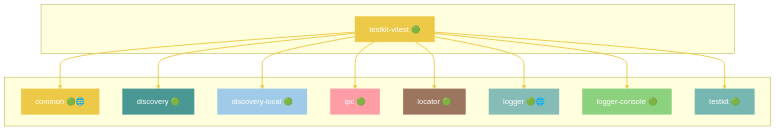
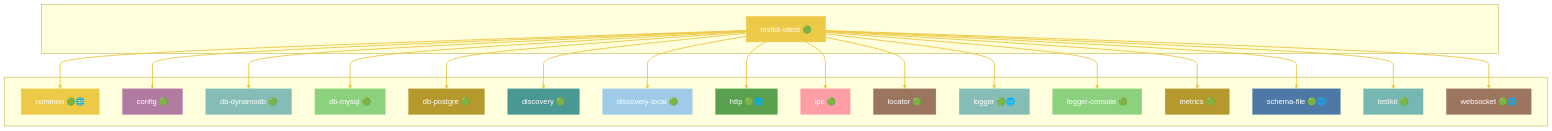
Before and after one commit to grest-ts/grest-ts: diagram 43 of 46 in docs/DEPENDENCIES.md, drawn with Mermaid. The commit also changed other lines of this file and 6 other files, not shown here.

````diff
--- a/docs/DEPENDENCIES.md
+++ b/docs/DEPENDENCIES.md
@@ -1999,41 +2039,73 @@
 ```mermaid
 flowchart TB
     subgraph Package[" "]
         testkit-vitest["testkit-vitest 🟢"]
     end
     subgraph Dependencies[" "]
         common["common 🟢🌐"]
+        config["config 🟢"]
+        db-dynamodb["db-dynamodb 🟢"]
+        db-mysql["db-mysql 🟢"]
+        db-postgre["db-postgre 🟢"]
         discovery["discovery 🟢"]
         discovery-local["discovery-local 🟢"]
+        http["http 🟢🌐"]
         ipc["ipc 🟢"]
         locator["locator 🟢"]
         logger["logger 🟢🌐"]
         logger-console["logger-console 🟢"]
+        metrics["metrics 🟢"]
+        schema-file["schema-file 🟢🌐"]
         testkit["testkit 🟢"]
+        websocket["websocket 🟢🌐"]
     end
     testkit-vitest --> common
+    testkit-vitest --> config
+    testkit-vitest --> db-dynamodb
+    testkit-vitest --> db-mysql
+    testkit-vitest --> db-postgre
     testkit-vitest --> discovery
     testkit-vitest --> discovery-local
+    testkit-vitest --> http
     testkit-vitest --> ipc
     testkit-vitest --> locator
     testkit-vitest --> logger
     testkit-vitest --> logger-console
+    testkit-vitest --> metrics
+    testkit-vitest --> schema-file
     testkit-vitest --> testkit
+    testkit-vitest --> websocket
     style testkit-vitest fill:#EDC948,stroke:#EDC948,color:#fff
     style common fill:#EDC948,stroke:#EDC948,color:#fff
+    style config fill:#B07AA1,stroke:#B07AA1,color:#fff
+    style db-dynamodb fill:#86BCB6,stroke:#86BCB6,color:#fff
+    style db-mysql fill:#8CD17D,stroke:#8CD17D,color:#fff
+    style db-postgre fill:#B6992D,stroke:#B6992D,color:#fff
     style discovery fill:#499894,stroke:#499894,color:#fff
     style discovery-local fill:#A0CBE8,stroke:#A0CBE8,color:#fff
+    style http fill:#59A14F,stroke:#59A14F,color:#fff
     style ipc fill:#FF9DA7,stroke:#FF9DA7,color:#fff
     style locator fill:#9C755F,stroke:#9C755F,color:#fff
     style logger fill:#86BCB6,stroke:#86BCB6,color:#fff
     style logger-console fill:#8CD17D,stroke:#8CD17D,color:#fff
+    style metrics fill:#B6992D,stroke:#B6992D,color:#fff
+    style schema-file fill:#4E79A7,stroke:#4E79A7,color:#fff
     style testkit fill:#76B7B2,stroke:#76B7B2,color:#fff
+    style websocket fill:#9C755F,stroke:#9C755F,color:#fff
     linkStyle 0 stroke:#EDC948,stroke-width:2px
     linkStyle 1 stroke:#EDC948,stroke-width:2px
     linkStyle 2 stroke:#EDC948,stroke-width:2px
     linkStyle 3 stroke:#EDC948,stroke-width:2px
     linkStyle 4 stroke:#EDC948,stroke-width:2px
     linkStyle 5 stroke:#EDC948,stroke-width:2px
     linkStyle 6 stroke:#EDC948,stroke-width:2px
     linkStyle 7 stroke:#EDC948,stroke-width:2px
+    linkStyle 8 stroke:#EDC948,stroke-width:2px
+    linkStyle 9 stroke:#EDC948,stroke-width:2px
+    linkStyle 10 stroke:#EDC948,stroke-width:2px
+    linkStyle 11 stroke:#EDC948,stroke-width:2px
+    linkStyle 12 stroke:#EDC948,stroke-width:2px
+    linkStyle 13 stroke:#EDC948,stroke-width:2px
+    linkStyle 14 stroke:#EDC948,stroke-width:2px
+    linkStyle 15 stroke:#EDC948,stroke-width:2px
 ```
````
